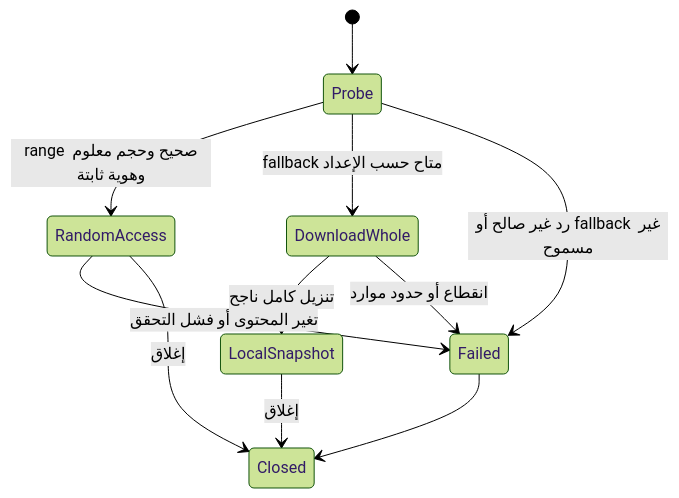
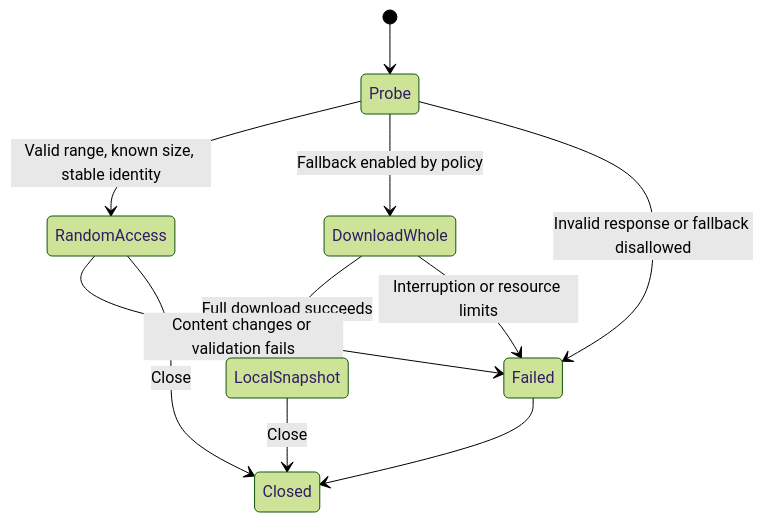
The diagram in Notes/03-http-stream-design.md (MohamedAshref371/7zip-remote), drawn with Mermaid (forest theme) before and after one commit. The commit also changed other lines of this file and 6 other files, not shown here.

````diff
--- a/Notes/03-http-stream-design.md
+++ b/Notes/03-http-stream-design.md
@@ -40,13 +40,13 @@
 ```mermaid
 stateDiagram-v2
     [*] --> Probe
-    Probe --> RandomAccess: range صحيح وحجم معلوم وهوية ثابتة
-    Probe --> DownloadWhole: fallback متاح حسب الإعداد
-    Probe --> Failed: رد غير صالح أو fallback غير مسموح
-    DownloadWhole --> LocalSnapshot: تنزيل كامل ناجح
-    DownloadWhole --> Failed: انقطاع أو حدود موارد
-    RandomAccess --> Failed: تغير المحتوى أو فشل التحقق
-    RandomAccess --> Closed: إغلاق
-    LocalSnapshot --> Closed: إغلاق
+    Probe --> RandomAccess: Valid range, known size, stable identity
+    Probe --> DownloadWhole: Fallback enabled by policy
+    Probe --> Failed: Invalid response or fallback disallowed
+    DownloadWhole --> LocalSnapshot: Full download succeeds
+    DownloadWhole --> Failed: Interruption or resource limits
+    RandomAccess --> Failed: Content changes or validation fails
+    RandomAccess --> Closed: Close
+    LocalSnapshot --> Closed: Close
     Failed --> Closed
 ```
````
